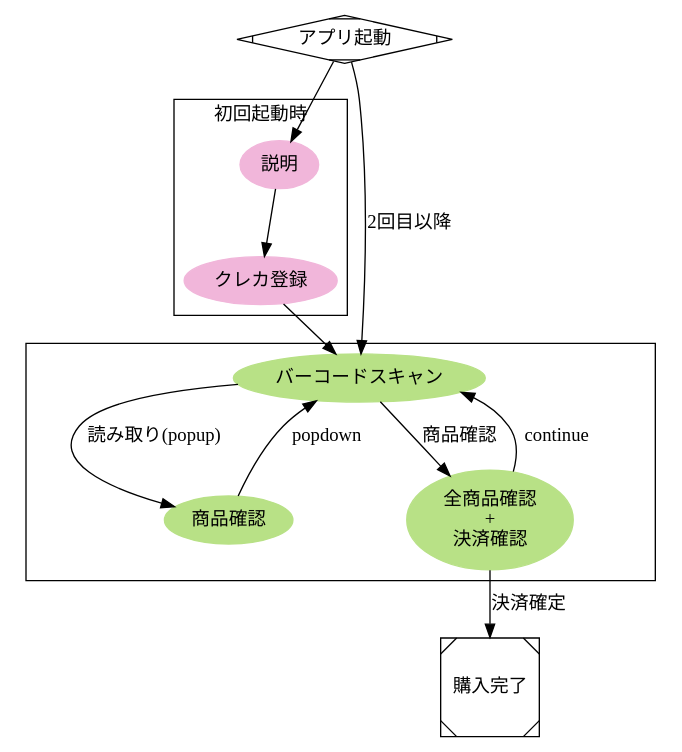
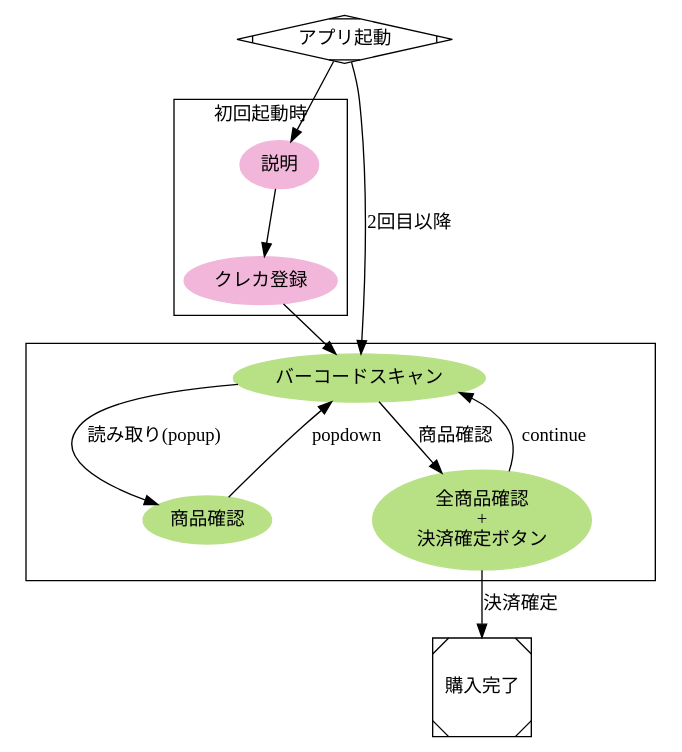
Before and after one commit to out-of-tokyo/graphs: the diagram in flow_chart.dot, drawn with Graphviz.

Commit message:
Add "button" wording

```diff
--- a/flow_chart.dot
+++ b/flow_chart.dot
@@ -1,26 +1,26 @@
 digraph G {
 	graph [nodesep = 0.5];
 
 	subgraph cluster_0 {
 		node [style=filled, colorscheme=piyg9, color=3 ];
 		説明;
 		クレカ登録;
 		説明 -> クレカ登録;
 		label = "初回起動時";
 	}
 
 	subgraph cluster_1 {
 		node [style=filled, colorscheme=piyg9, color=7];
 		バーコードスキャン -> 商品確認 [label = "読み取り(popup)" ]
 		商品確認 -> バーコードスキャン [label = "popdown"]
-		バーコードスキャン -> "全商品確認\n+\n決済確認" [label = "商品確認"];
+		バーコードスキャン -> "全商品確認\n+\n決済確定ボタン" [label = "商品確認"];
 	}
 	アプリ起動 -> 説明;
 	アプリ起動 -> バーコードスキャン [label = "2回目以降";] ;
 	クレカ登録 -> バーコードスキャン;
-	"全商品確認\n+\n決済確認" -> 購入完了 [label = "決済確定"];
-	"全商品確認\n+\n決済確認" -> バーコードスキャン [label = "continue"];
+	"全商品確認\n+\n決済確定ボタン" -> 購入完了 [label = "決済確定"];
+	"全商品確認\n+\n決済確定ボタン" -> バーコードスキャン [label = "continue"];
 
 	アプリ起動 [shape=Mdiamond];
 	購入完了 [shape=Msquare];
 }
```
